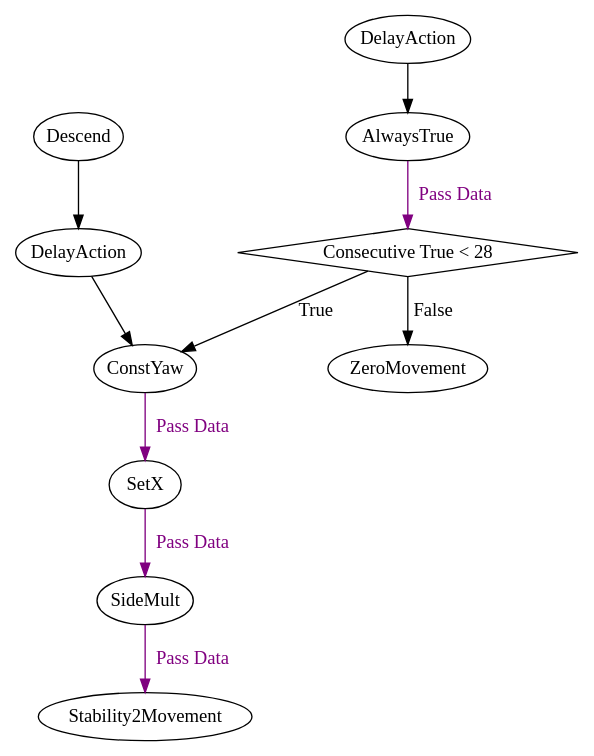
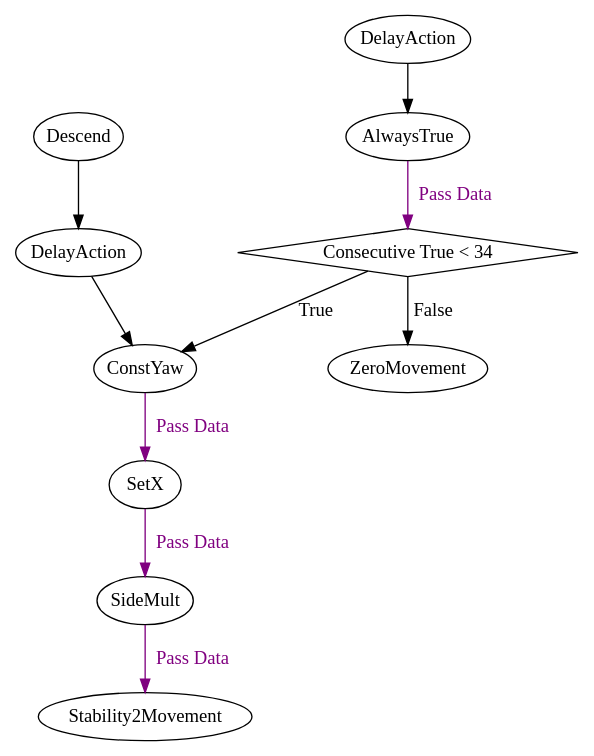
The diagram in graphs/day_4_am_2024/circle_buoy/buoy_circle_sequence_blind.dot (ncsurobotics/SW8S-Rust), drawn with Graphviz before and after one commit. The commit also changed 25 other files, not shown here.

```diff
--- a/graphs/day_4_am_2024/circle_buoy/buoy_circle_sequence_blind.dot
+++ b/graphs/day_4_am_2024/circle_buoy/buoy_circle_sequence_blind.dot
@@ -1,25 +1,25 @@
 digraph G {
 	splines = true;
 	nodesep = 1.0;
 	bgcolor = "none"
-	"d1b826e6-6c5b-4e3d-9ac6-44b9ed010bbb" [shape = diamond];
-	"0dfee4a6-7087-42f4-a702-4c141da6a4be" -> "709c392b-9008-4ddc-8379-10d10ee34631" [color = purple, fontcolor = purple, label = "Pass Data"];
-	"8e5b6464-6223-4afc-a8a0-e5fc06d07716" -> "0dfee4a6-7087-42f4-a702-4c141da6a4be" [color = purple, fontcolor = purple, label = "Pass Data"];
-	"fef72177-5c98-405c-a2ee-1add4bcfe3c6" -> "8e5b6464-6223-4afc-a8a0-e5fc06d07716" [color = purple, fontcolor = purple, label = "Pass Data"];
-	"32a5744a-4012-4522-915f-4201d5a72ee9" -> "d1b826e6-6c5b-4e3d-9ac6-44b9ed010bbb" [color = purple, fontcolor = purple, label = "Pass Data"];
-	"62ef4b8c-96d1-4463-9d64-beb22a3e73fa" -> "32a5744a-4012-4522-915f-4201d5a72ee9" ;
-	"d1b826e6-6c5b-4e3d-9ac6-44b9ed010bbb" -> "fef72177-5c98-405c-a2ee-1add4bcfe3c6" [label = "True"];
-	"d1b826e6-6c5b-4e3d-9ac6-44b9ed010bbb" -> "cc6223e3-f768-4aca-93b2-552a473965cb" [label = "False"];
-	"2a69e155-79ea-4644-bb38-e96bfde79542" -> "fef72177-5c98-405c-a2ee-1add4bcfe3c6" ;
-	"7840f1ab-2f19-414d-80f5-6c6d39bb665f" -> "2a69e155-79ea-4644-bb38-e96bfde79542" ;
-	"7840f1ab-2f19-414d-80f5-6c6d39bb665f" [label = "Descend", margin = 0];
-	"2a69e155-79ea-4644-bb38-e96bfde79542" [label = "DelayAction", margin = 0];
-	"fef72177-5c98-405c-a2ee-1add4bcfe3c6" [label = "ConstYaw", margin = 0];
-	"8e5b6464-6223-4afc-a8a0-e5fc06d07716" [label = "SetX", margin = 0];
-	"0dfee4a6-7087-42f4-a702-4c141da6a4be" [label = "SideMult", margin = 0];
-	"709c392b-9008-4ddc-8379-10d10ee34631" [label = "Stability2Movement", margin = 0];
-	"62ef4b8c-96d1-4463-9d64-beb22a3e73fa" [label = "DelayAction", margin = 0];
-	"32a5744a-4012-4522-915f-4201d5a72ee9" [label = "AlwaysTrue", margin = 0];
-	"d1b826e6-6c5b-4e3d-9ac6-44b9ed010bbb" [label = "Consecutive True < 28", margin = 0];
-	"cc6223e3-f768-4aca-93b2-552a473965cb" [label = "ZeroMovement", margin = 0];
+	"75b6b515-cce6-423d-8e16-db5884ce67b3" [shape = diamond];
+	"76ce4395-baa4-49cc-bd0e-6608e073e21f" -> "b5b4b0cb-5fbd-4d65-84fc-0f4c62a22211" [color = purple, fontcolor = purple, label = "Pass Data"];
+	"7a325e2e-3be6-465f-8069-ebdc7e1a6695" -> "76ce4395-baa4-49cc-bd0e-6608e073e21f" [color = purple, fontcolor = purple, label = "Pass Data"];
+	"49944282-b9a3-4138-b7ab-942ad0cf2cbf" -> "7a325e2e-3be6-465f-8069-ebdc7e1a6695" [color = purple, fontcolor = purple, label = "Pass Data"];
+	"eab40a53-2de3-41ef-a40b-08b42b95fc37" -> "75b6b515-cce6-423d-8e16-db5884ce67b3" [color = purple, fontcolor = purple, label = "Pass Data"];
+	"f71fce28-db8b-4cc2-a862-9e4a92da4a66" -> "eab40a53-2de3-41ef-a40b-08b42b95fc37" ;
+	"75b6b515-cce6-423d-8e16-db5884ce67b3" -> "49944282-b9a3-4138-b7ab-942ad0cf2cbf" [label = "True"];
+	"75b6b515-cce6-423d-8e16-db5884ce67b3" -> "e046d338-d6cd-4258-8ed6-4aa74047ef26" [label = "False"];
+	"ab8951e7-0083-4611-b44a-2680fdf514d6" -> "49944282-b9a3-4138-b7ab-942ad0cf2cbf" ;
+	"2e556ec9-203c-4502-a285-0d699243c7a0" -> "ab8951e7-0083-4611-b44a-2680fdf514d6" ;
+	"2e556ec9-203c-4502-a285-0d699243c7a0" [label = "Descend", margin = 0];
+	"ab8951e7-0083-4611-b44a-2680fdf514d6" [label = "DelayAction", margin = 0];
+	"49944282-b9a3-4138-b7ab-942ad0cf2cbf" [label = "ConstYaw", margin = 0];
+	"7a325e2e-3be6-465f-8069-ebdc7e1a6695" [label = "SetX", margin = 0];
+	"76ce4395-baa4-49cc-bd0e-6608e073e21f" [label = "SideMult", margin = 0];
+	"b5b4b0cb-5fbd-4d65-84fc-0f4c62a22211" [label = "Stability2Movement", margin = 0];
+	"f71fce28-db8b-4cc2-a862-9e4a92da4a66" [label = "DelayAction", margin = 0];
+	"eab40a53-2de3-41ef-a40b-08b42b95fc37" [label = "AlwaysTrue", margin = 0];
+	"75b6b515-cce6-423d-8e16-db5884ce67b3" [label = "Consecutive True < 34", margin = 0];
+	"e046d338-d6cd-4258-8ed6-4aa74047ef26" [label = "ZeroMovement", margin = 0];
 }
```
